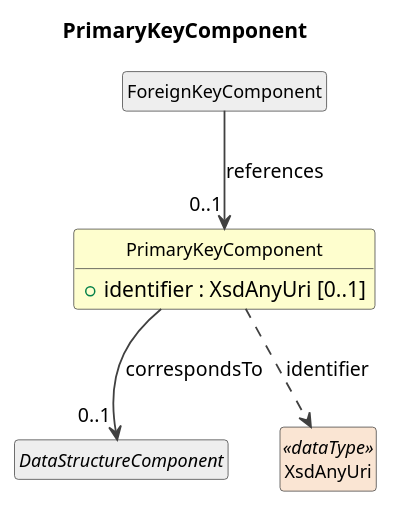
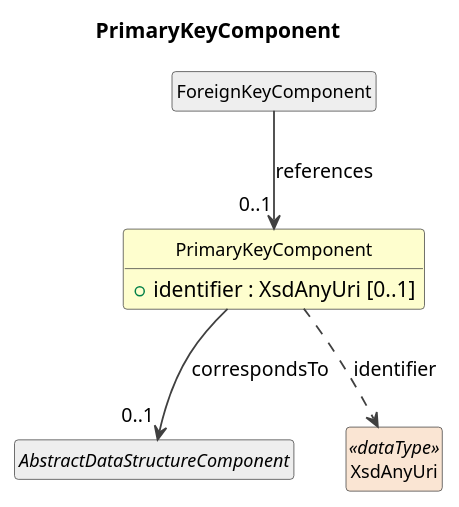
One commit to Cross-Domain-Interoperability-Framework/metadataBuildingBlocks changed the diagram in cdif-uml-model/cdifDataStructure/Classes/PrimaryKeyComponent.pu. Above: the diagram before and after it, drawn with PlantUML. The commit also changed 145 other files, not shown here.

First line of the commit message:
cdif-uml-model: regen for AbstractDataStructureComponent + 6 subtypes

```diff
--- a/cdif-uml-model/cdifDataStructure/Classes/PrimaryKeyComponent.pu
+++ b/cdif-uml-model/cdifDataStructure/Classes/PrimaryKeyComponent.pu
@@ -1,23 +1,23 @@
 @startuml
 title PrimaryKeyComponent
 hide circle
 hide empty members
 skinparam shadowing false
 skinparam ArrowThickness 1.2
 skinparam class {
   ArrowColor #404040
   BorderColor #404040
   FontSize 12
 }
 
 class "PrimaryKeyComponent" as PrimaryKeyComponent #FEFECE {
   +identifier : XsdAnyUri [0..1]
 }
-abstract class "DataStructureComponent" as DataStructureComponent #EEEEEE
-PrimaryKeyComponent --> "0..1" DataStructureComponent : correspondsTo
+abstract class "AbstractDataStructureComponent" as AbstractDataStructureComponent #EEEEEE
+PrimaryKeyComponent --> "0..1" AbstractDataStructureComponent : correspondsTo
 class "ForeignKeyComponent" as ForeignKeyComponent #EEEEEE
 ForeignKeyComponent --> "0..1" PrimaryKeyComponent : references
 class "XsdAnyUri" as XsdAnyUri <<dataType>> #FAE5D3
 PrimaryKeyComponent ..> XsdAnyUri : identifier
 
 @enduml
```
